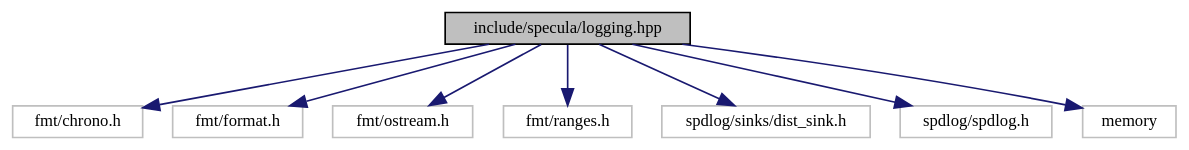
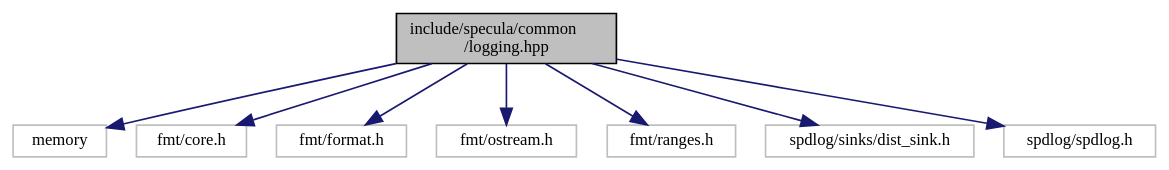
Before and after one commit to LuxAter/Specula: the diagram in logging_8hpp__incl.dot, drawn with Graphviz. The commit also changed 154 other files, not shown here.

```diff
--- a/logging_8hpp__incl.dot
+++ b/logging_8hpp__incl.dot
@@ -1,22 +1,22 @@
-digraph "include/specula/logging.hpp"
+digraph "include/specula/common/logging.hpp"
 {
  // LATEX_PDF_SIZE
   bgcolor="transparent";
   edge [fontname="Iosevka",fontsize="10",labelfontname="Iosevka",labelfontsize="10"];
   node [fontname="Iosevka",fontsize="10",shape=record];
-  Node1 [label="include/specula/logging.hpp",height=0.2,width=0.4,color="black", fillcolor="grey75", style="filled", fontcolor="black",tooltip="Specula logging handler wrapping spdlog."];
+  Node1 [label="include/specula/common\l/logging.hpp",height=0.2,width=0.4,color="black", fillcolor="grey75", style="filled", fontcolor="black",tooltip="Specula logging handler wrapping spdlog."];
   Node1 -> Node2 [color="midnightblue",fontsize="10",style="solid",fontname="Iosevka"];
-  Node2 [label="fmt/chrono.h",height=0.2,width=0.4,color="grey75",tooltip=" "];
+  Node2 [label="memory",height=0.2,width=0.4,color="grey75",tooltip=" "];
   Node1 -> Node3 [color="midnightblue",fontsize="10",style="solid",fontname="Iosevka"];
-  Node3 [label="fmt/format.h",height=0.2,width=0.4,color="grey75",tooltip=" "];
+  Node3 [label="fmt/core.h",height=0.2,width=0.4,color="grey75",tooltip=" "];
   Node1 -> Node4 [color="midnightblue",fontsize="10",style="solid",fontname="Iosevka"];
-  Node4 [label="fmt/ostream.h",height=0.2,width=0.4,color="grey75",tooltip=" "];
+  Node4 [label="fmt/format.h",height=0.2,width=0.4,color="grey75",tooltip=" "];
   Node1 -> Node5 [color="midnightblue",fontsize="10",style="solid",fontname="Iosevka"];
-  Node5 [label="fmt/ranges.h",height=0.2,width=0.4,color="grey75",tooltip=" "];
+  Node5 [label="fmt/ostream.h",height=0.2,width=0.4,color="grey75",tooltip=" "];
   Node1 -> Node6 [color="midnightblue",fontsize="10",style="solid",fontname="Iosevka"];
-  Node6 [label="spdlog/sinks/dist_sink.h",height=0.2,width=0.4,color="grey75",tooltip=" "];
+  Node6 [label="fmt/ranges.h",height=0.2,width=0.4,color="grey75",tooltip=" "];
   Node1 -> Node7 [color="midnightblue",fontsize="10",style="solid",fontname="Iosevka"];
-  Node7 [label="spdlog/spdlog.h",height=0.2,width=0.4,color="grey75",tooltip=" "];
+  Node7 [label="spdlog/sinks/dist_sink.h",height=0.2,width=0.4,color="grey75",tooltip=" "];
   Node1 -> Node8 [color="midnightblue",fontsize="10",style="solid",fontname="Iosevka"];
-  Node8 [label="memory",height=0.2,width=0.4,color="grey75",tooltip=" "];
+  Node8 [label="spdlog/spdlog.h",height=0.2,width=0.4,color="grey75",tooltip=" "];
 }
```
